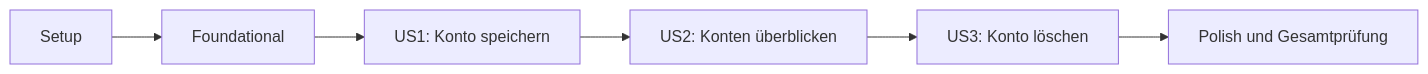
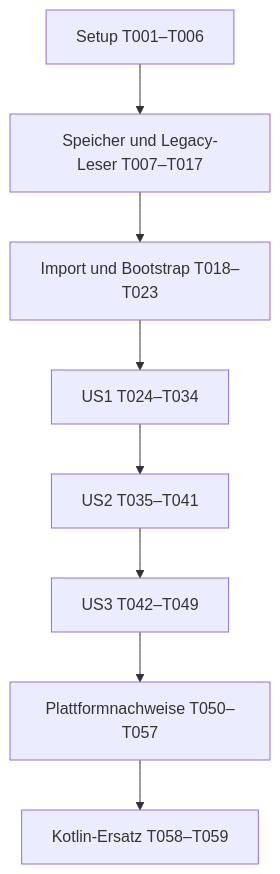
One commit to Crimson8230/familiy-hub-app changed the diagram in specs/001-registerkonten-verwalten/tasks.md. Above: the diagram before and after it, drawn with Mermaid. The commit also changed other lines of this file and 127 other files, not shown here.

````diff
--- a/specs/001-registerkonten-verwalten/tasks.md
+++ b/specs/001-registerkonten-verwalten/tasks.md
@@ -162,8 +226,10 @@
 ```mermaid
-flowchart LR
-    S[Setup] --> F[Foundational]
-    F --> U1[US1: Konto speichern]
-    U1 --> U2[US2: Konten überblicken]
-    U2 --> U3[US3: Konto löschen]
-    U3 --> P[Polish und Gesamtprüfung]
+flowchart TD
+    S[Setup T001–T006] --> F[Speicher und Legacy-Leser T007–T017]
+    F --> M[Import und Bootstrap T018–T023]
+    M --> U1[US1 T024–T034]
+    U1 --> U2[US2 T035–T041]
+    U2 --> U3[US3 T042–T049]
+    U3 --> P[Plattformnachweise T050–T057]
+    P --> R[Kotlin-Ersatz T058–T059]
 ```
````
